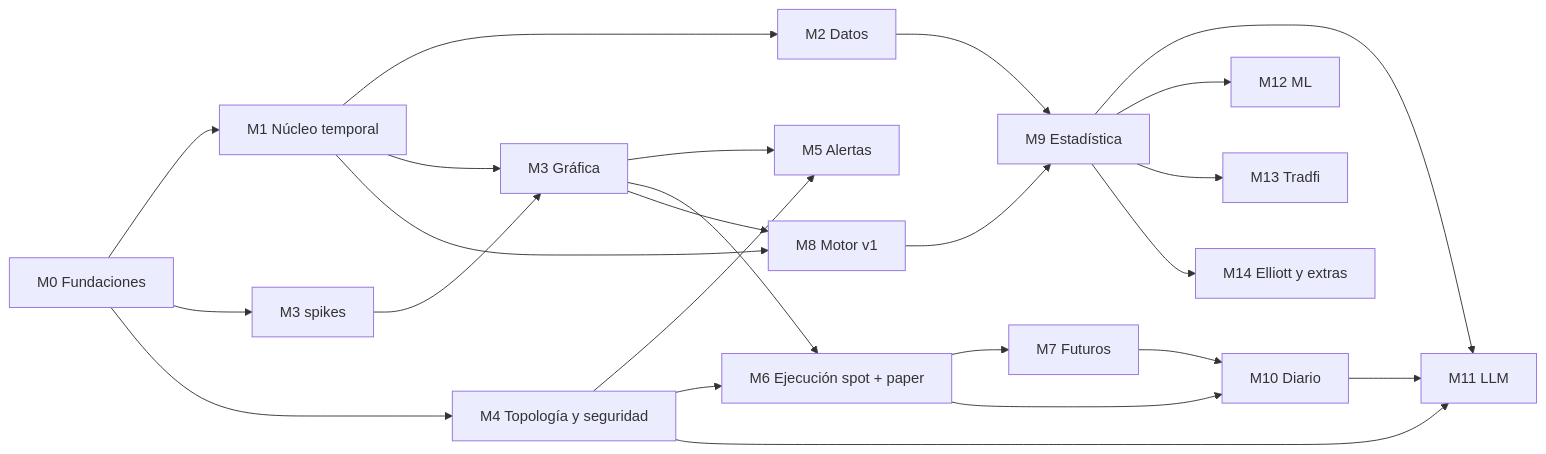
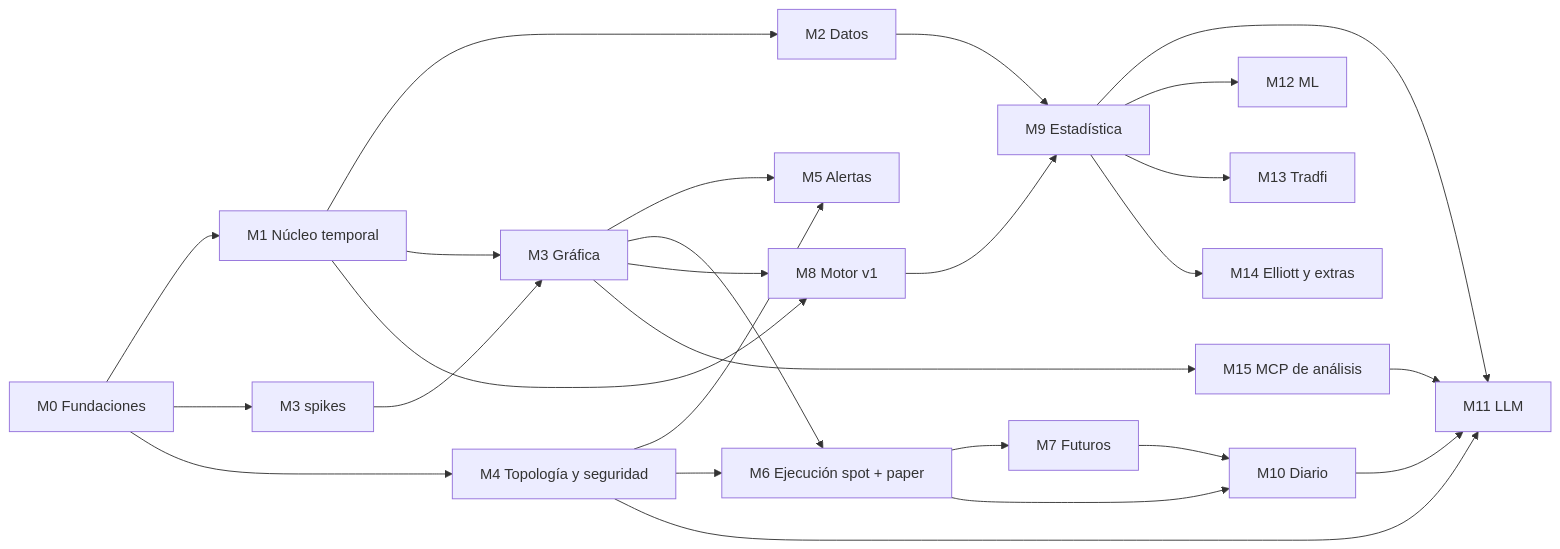
Before and after one commit to ThaCharly/TradingBenderStyle: the diagram in docs/ROADMAP.md, drawn with Mermaid. The commit also changed other lines of this file and 57 other files, not shown here.

````diff
--- a/docs/ROADMAP.md
+++ b/docs/ROADMAP.md
@@ -21,26 +21,28 @@
 ```mermaid
 graph LR
   M0[M0 Fundaciones] --> M1[M1 Núcleo temporal]
   M1 --> M2[M2 Datos]
   M0 --> M3S[M3 spikes]
   M1 --> M3[M3 Gráfica]
   M3S --> M3
   M0 --> M4[M4 Topología y seguridad]
   M3 --> M5[M5 Alertas]
   M4 --> M5
   M4 --> M6[M6 Ejecución spot + paper]
   M3 --> M6
   M6 --> M7[M7 Futuros]
   M1 --> M8[M8 Motor v1]
   M3 --> M8
   M8 --> M9[M9 Estadística]
   M2 --> M9
   M6 --> M10[M10 Diario]
   M7 --> M10
   M10 --> M11[M11 LLM]
   M9 --> M11
   M4 --> M11
   M9 --> M12[M12 ML]
   M9 --> M13[M13 Tradfi]
   M9 --> M14[M14 Elliott y extras]
+  M3 --> M15[M15 MCP de análisis]
+  M15 --> M11
 ```
````
